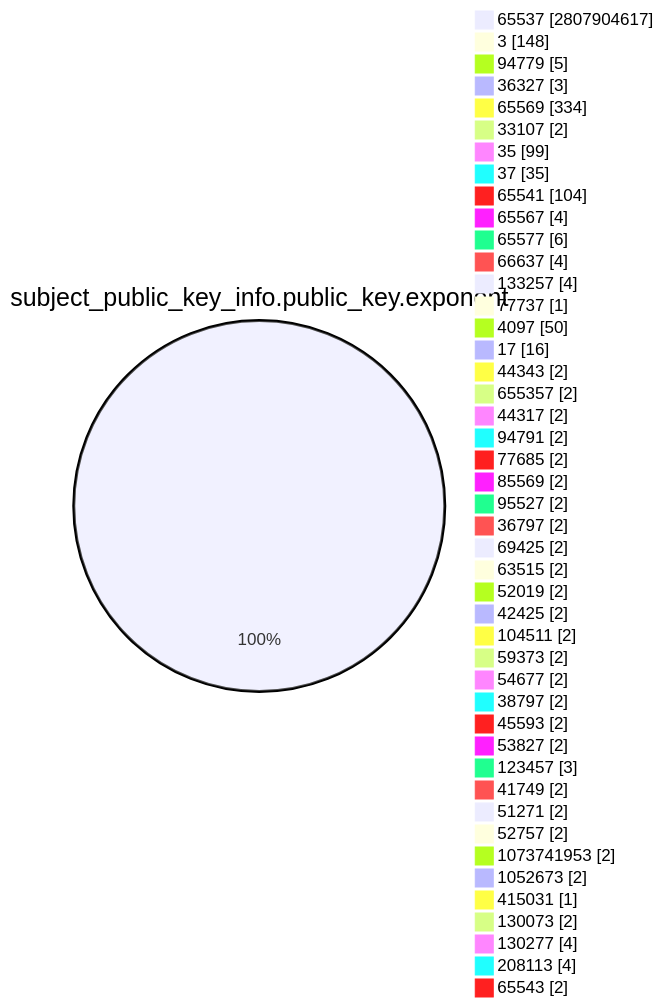
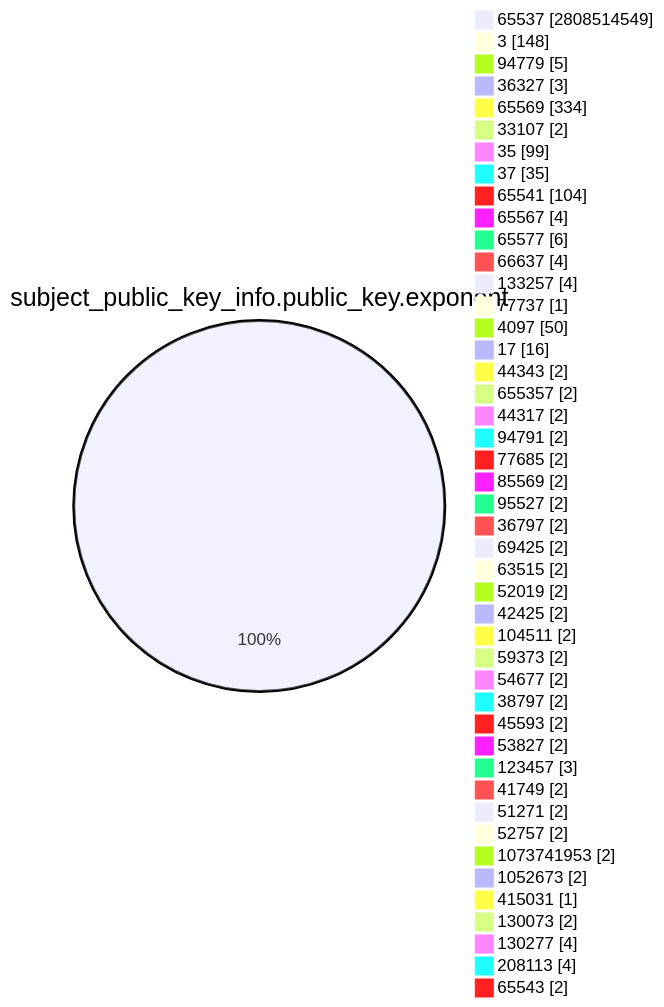
Before and after one commit to christiankrug/ctmonitor_visualization: the fourth of 15 diagrams in TOTAL/README.md, drawn with Mermaid. The commit also changed other lines of this file, not shown here.

````diff
--- a/TOTAL/README.md
+++ b/TOTAL/README.md
@@ -1467,49 +1467,49 @@
 ```mermaid
 pie showData
 title subject_public_key_info.public_key.exponent
-"65537" :2807904617
+"65537" :2808514549
 "3" :148
 "94779" :5
 "36327" :3
 "65569" :334
 "33107" :2
 "35" :99
 "37" :35
 "65541" :104
 "65567" :4
 "65577" :6
 "66637" :4
 "133257" :4
 "77737" :1
 "4097" :50
 "17" :16
 "44343" :2
 "655357" :2
 "44317" :2
 "94791" :2
 "77685" :2
 "85569" :2
 "95527" :2
 "36797" :2
 "69425" :2
 "63515" :2
 "52019" :2
 "42425" :2
 "104511" :2
 "59373" :2
 "54677" :2
 "38797" :2
 "45593" :2
 "53827" :2
 "123457" :3
 "41749" :2
 "51271" :2
 "52757" :2
 "1073741953" :2
 "1052673" :2
 "415031" :1
 "130073" :2
 "130277" :4
 "208113" :4
 "65543" :2
 ```
````
